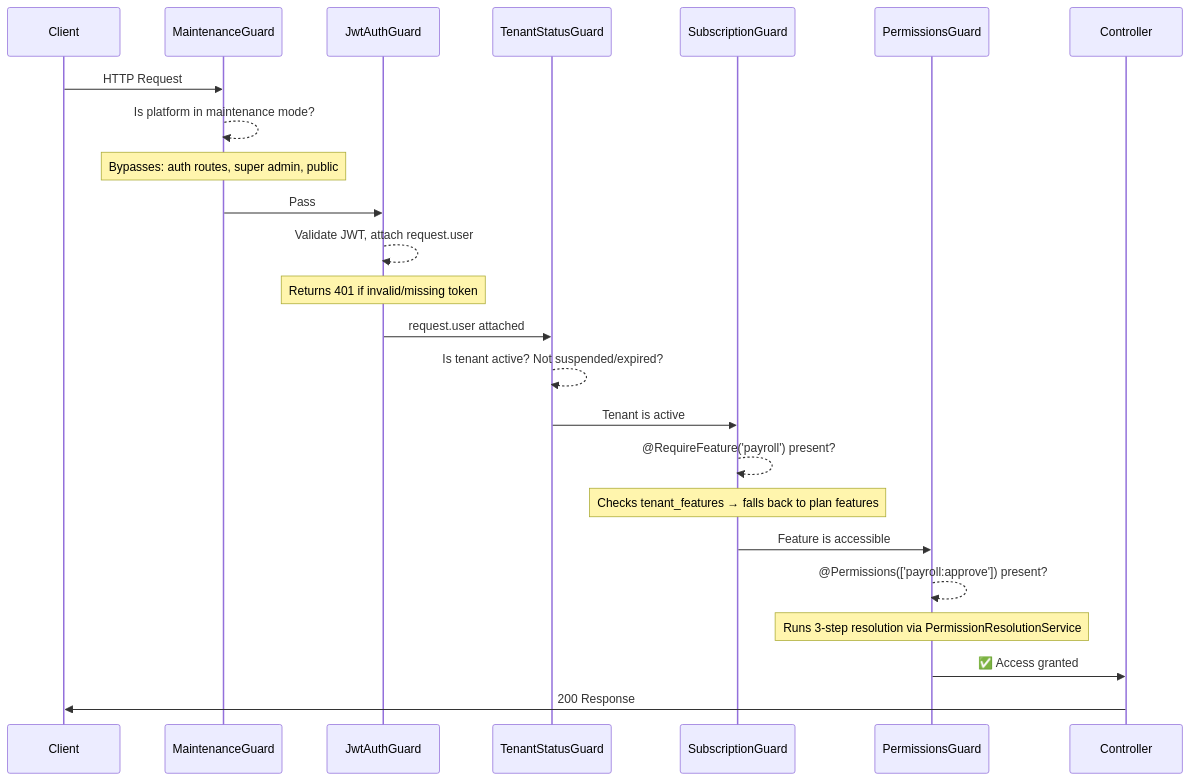
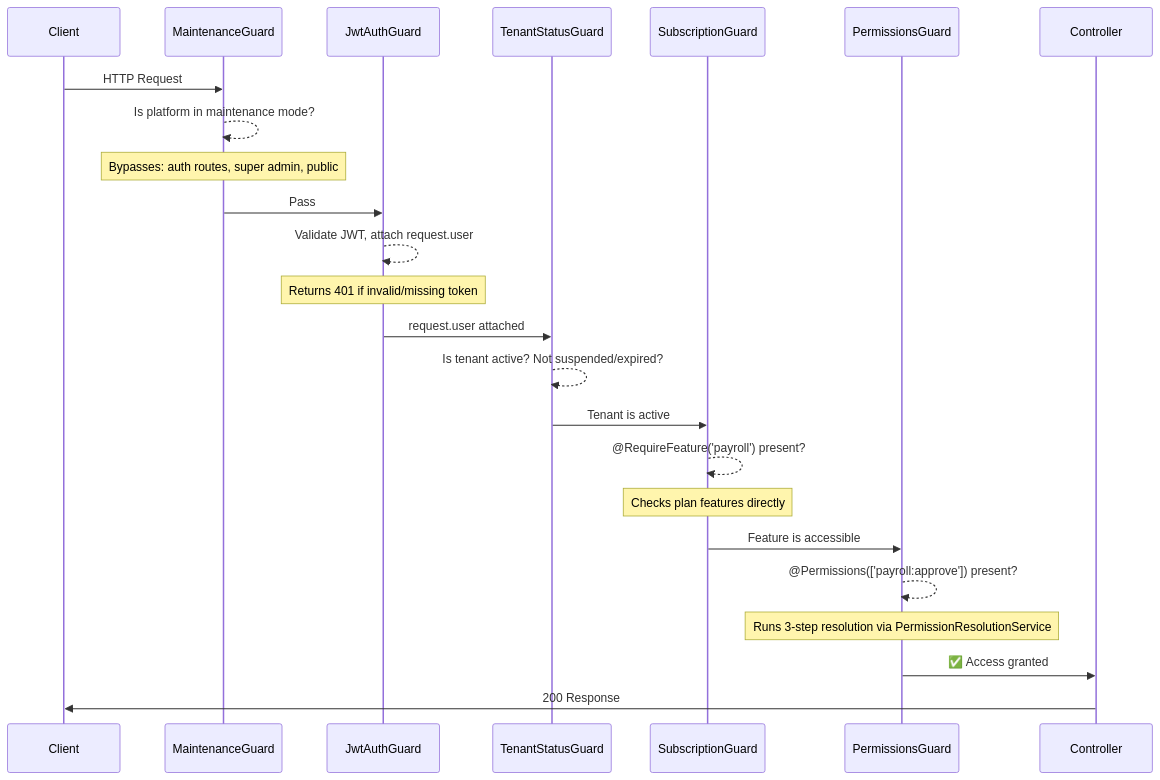
One commit to gowtamkumar/eCommerce-multi-store-saas-erp changed the third of 4 diagrams in doc/system-design/subscription-and-features.md. Above: the diagram before and after it, drawn with Mermaid. The commit also changed other lines of this file and 18 other files, not shown here.

````diff
--- a/doc/system-design/subscription-and-features.md
+++ b/doc/system-design/subscription-and-features.md
@@ -418,32 +387,32 @@
 ```mermaid
 sequenceDiagram
     participant Client
     participant MaintenanceGuard
     participant JwtAuthGuard
     participant TenantStatusGuard
     participant SubscriptionGuard
     participant PermissionsGuard
     participant Controller
 
     Client->>MaintenanceGuard: HTTP Request
     MaintenanceGuard-->>MaintenanceGuard: Is platform in maintenance mode?
     Note over MaintenanceGuard: Bypasses: auth routes, super admin, public
 
     MaintenanceGuard->>JwtAuthGuard: Pass
     JwtAuthGuard-->>JwtAuthGuard: Validate JWT, attach request.user
     Note over JwtAuthGuard: Returns 401 if invalid/missing token
 
     JwtAuthGuard->>TenantStatusGuard: request.user attached
     TenantStatusGuard-->>TenantStatusGuard: Is tenant active? Not suspended/expired?
 
     TenantStatusGuard->>SubscriptionGuard: Tenant is active
     SubscriptionGuard-->>SubscriptionGuard: @RequireFeature('payroll') present?
-    Note over SubscriptionGuard: Checks tenant_features → falls back to plan features
+    Note over SubscriptionGuard: Checks plan features directly
 
     SubscriptionGuard->>PermissionsGuard: Feature is accessible
     PermissionsGuard-->>PermissionsGuard: @Permissions(['payroll:approve']) present?
     Note over PermissionsGuard: Runs 3-step resolution via PermissionResolutionService
 
     PermissionsGuard->>Controller: ✅ Access granted
     Controller->>Client: 200 Response
 ```
````
